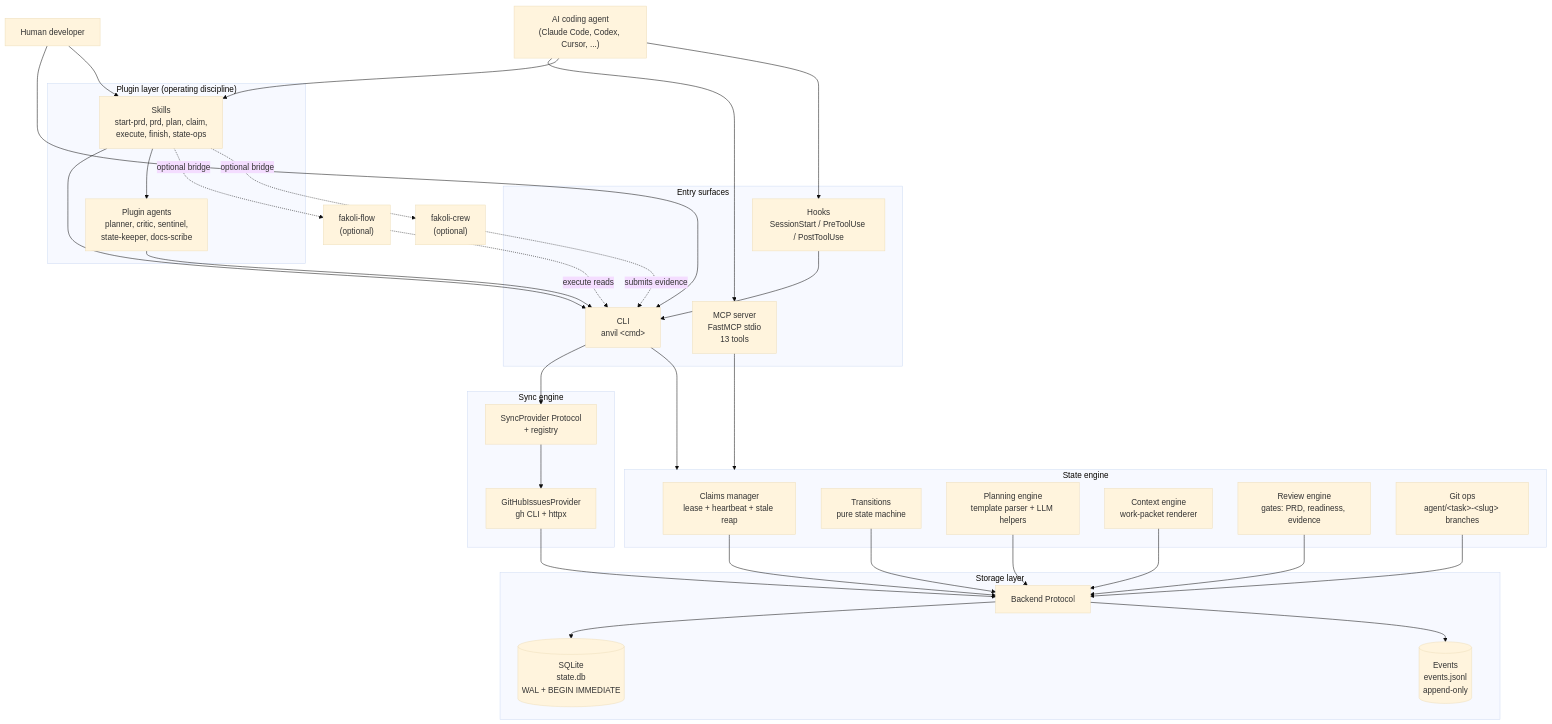
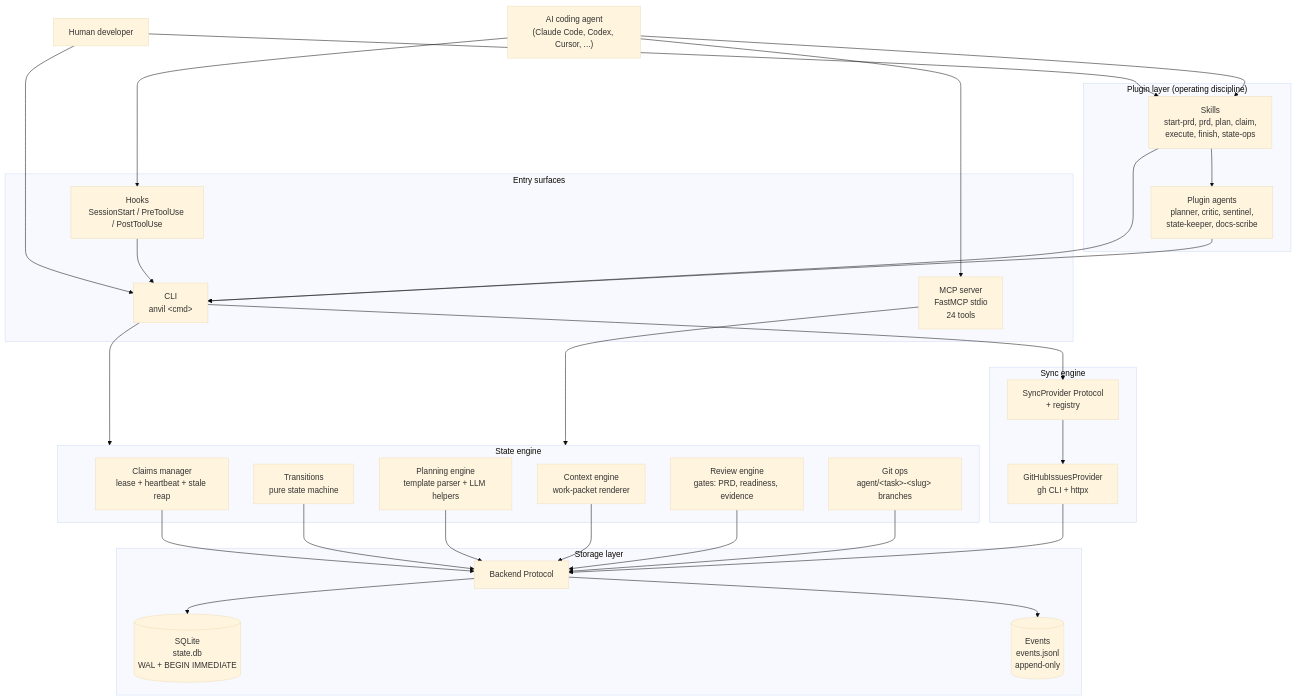
The first of 2 diagrams in docs/architecture.md (fakoli/anvil), drawn with Mermaid (base theme) before and after one commit. The commit also changed other lines of this file and 35 other files, not shown here.

````diff
--- a/docs/architecture.md
+++ b/docs/architecture.md
@@ -47,71 +35,63 @@
 ```mermaid
 graph TD
     User["Human developer"]
     Agent["AI coding agent<br/>(Claude Code, Codex, Cursor, ...)"]
 
     subgraph Entry["Entry surfaces"]
         CLI["CLI<br/>anvil &lt;cmd&gt;"]
-        MCP["MCP server<br/>FastMCP stdio<br/>13 tools"]
+        MCP["MCP server<br/>FastMCP stdio<br/>24 tools"]
         Hooks["Hooks<br/>SessionStart / PreToolUse / PostToolUse"]
     end
 
     subgraph Plugin["Plugin layer (operating discipline)"]
         Skills["Skills<br/>start-prd, prd, plan, claim,<br/>execute, finish, state-ops"]
         Agents["Plugin agents<br/>planner, critic, sentinel,<br/>state-keeper, docs-scribe"]
     end
 
     subgraph Engine["State engine"]
         Claims["Claims manager<br/>lease + heartbeat + stale reap"]
         Transitions["Transitions<br/>pure state machine"]
         Planning["Planning engine<br/>template parser + LLM helpers"]
         Context["Context engine<br/>work-packet renderer"]
         Review["Review engine<br/>gates: PRD, readiness, evidence"]
         GitOps["Git ops<br/>agent/&lt;task&gt;-&lt;slug&gt; branches"]
     end
 
     subgraph Storage["Storage layer"]
         Backend["Backend Protocol"]
         SQLite[("SQLite<br/>state.db<br/>WAL + BEGIN IMMEDIATE")]
         Events[("Events<br/>events.jsonl<br/>append-only")]
     end
 
     subgraph Sync["Sync engine"]
         SyncProto["SyncProvider Protocol<br/>+ registry"]
         GitHub["GitHubIssuesProvider<br/>gh CLI + httpx"]
     end
 
-    Flow["fakoli-flow<br/>(optional)"]
-    Crew["fakoli-crew<br/>(optional)"]
-
     User --> CLI
     User --> Skills
     Agent --> MCP
     Agent --> Skills
     Agent --> Hooks
 
     CLI --> Engine
     MCP --> Engine
     Hooks --> CLI
     Skills --> CLI
     Skills --> Agents
     Agents --> CLI
 
     Claims --> Backend
     Transitions --> Backend
     Planning --> Backend
     Context --> Backend
     Review --> Backend
     GitOps --> Backend
 
     Backend --> SQLite
     Backend --> Events
 
     CLI --> SyncProto
     SyncProto --> GitHub
     GitHub --> Backend
-
-    Skills -.optional bridge.-> Flow
-    Skills -.optional bridge.-> Crew
-    Flow -.execute reads.-> CLI
-    Crew -.submits evidence.-> CLI
 ```
````
